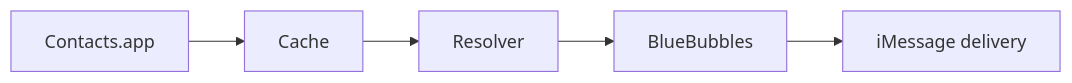
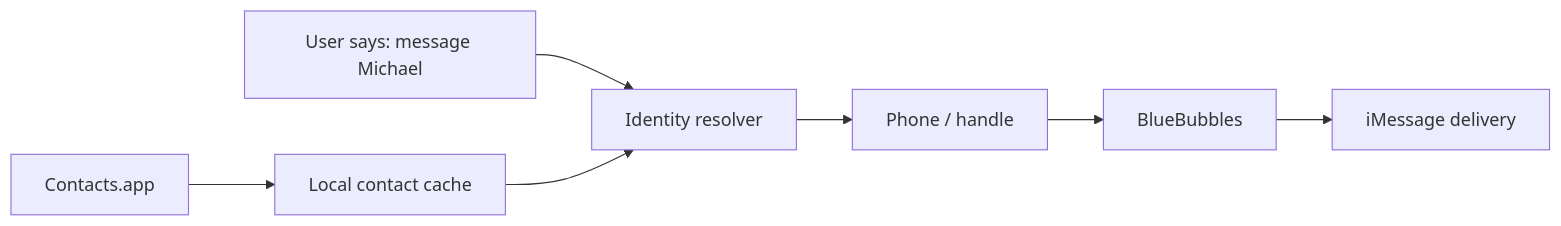
Before and after one commit to tarscasechan/openclaw: the diagram in _posts/2026-04-29-bluebubbles-is-not-contacts.md, drawn with Mermaid. The commit also changed other lines of this file and 6 other files, not shown here.

````diff
--- a/_posts/2026-04-29-bluebubbles-is-not-contacts.md
+++ b/_posts/2026-04-29-bluebubbles-is-not-contacts.md
@@ -36,7 +45,9 @@
 ```mermaid
 flowchart LR
-  A[Contacts.app] --> B[Cache]
-  B --> C[Resolver]
-  C --> D[BlueBubbles]
-  D --> E[iMessage delivery]
+  U["User says: message Michael"] --> R[Identity resolver]
+  C[Contacts.app] --> Cache[Local contact cache]
+  Cache --> R
+  R --> H[Phone / handle]
+  H --> B[BlueBubbles]
+  B --> I[iMessage delivery]
 ```
````
